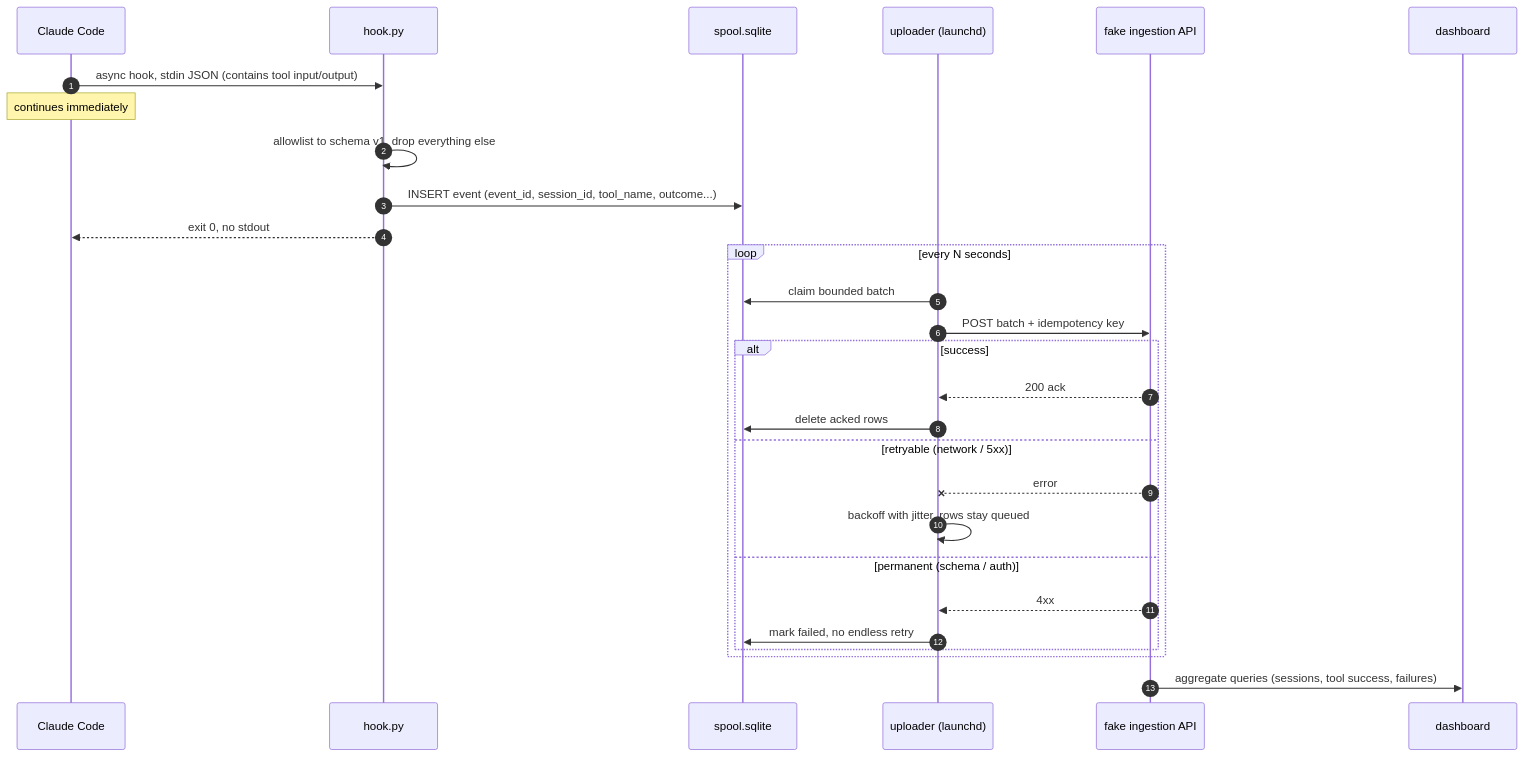
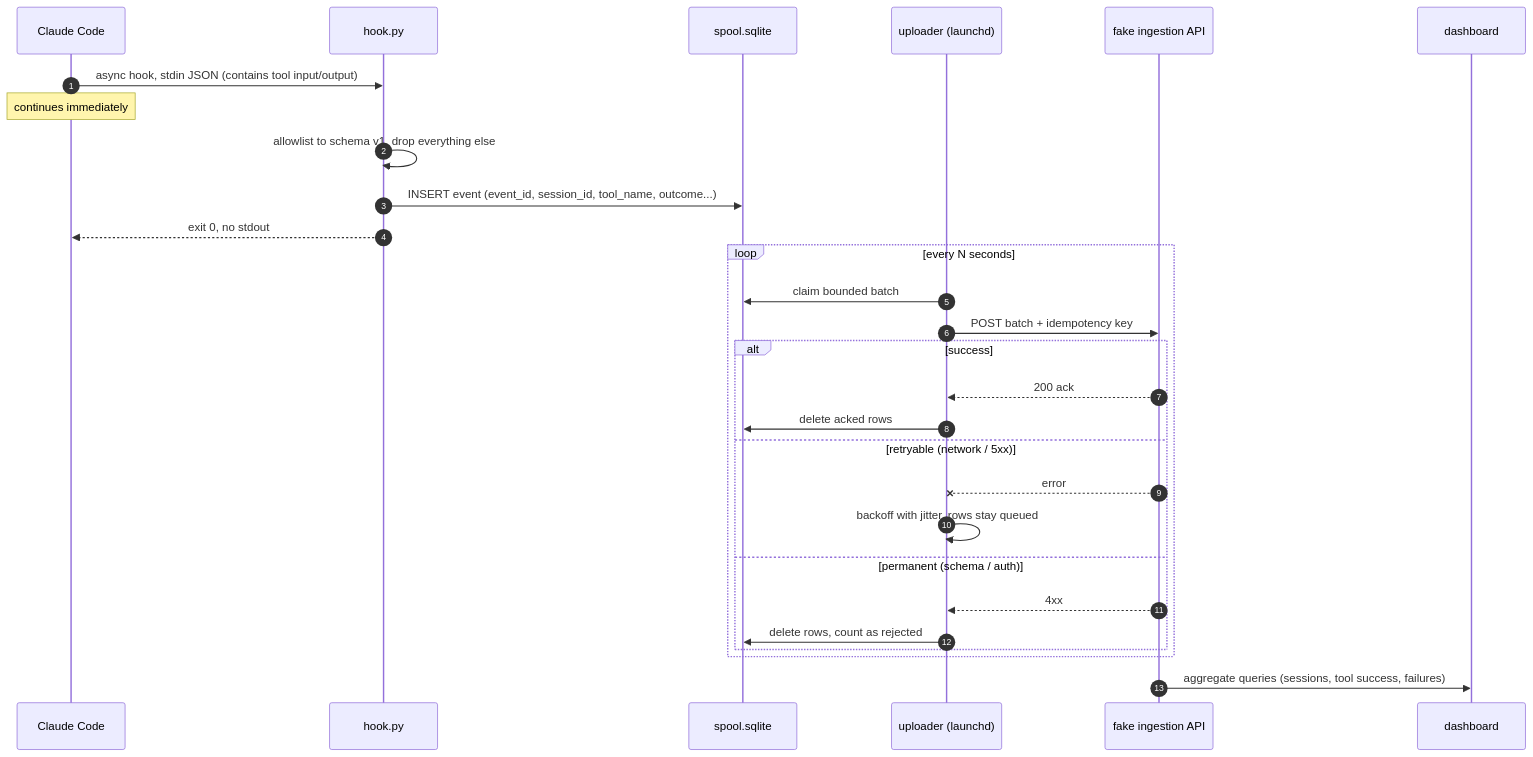
Before and after one commit to ojones/gundam-ai: the second of 2 diagrams in local-architecture.md, drawn with Mermaid. The commit also changed other lines of this file and 17 other files, not shown here.

````diff
--- a/local-architecture.md
+++ b/local-architecture.md
@@ -60,31 +60,31 @@
 ```mermaid
 sequenceDiagram
     autonumber
     participant C as Claude Code
     participant H as hook.py
     participant Q as spool.sqlite
     participant U as uploader (launchd)
     participant A as fake ingestion API
     participant D as dashboard
 
     C->>H: async hook, stdin JSON (contains tool input/output)
     Note over C: continues immediately
     H->>H: allowlist to schema v1, drop everything else
     H->>Q: INSERT event (event_id, session_id, tool_name, outcome...)
     H-->>C: exit 0, no stdout
     loop every N seconds
         U->>Q: claim bounded batch
         U->>A: POST batch + idempotency key
         alt success
             A-->>U: 200 ack
             U->>Q: delete acked rows
         else retryable (network / 5xx)
             A--xU: error
             U->>U: backoff with jitter, rows stay queued
         else permanent (schema / auth)
             A-->>U: 4xx
-            U->>Q: mark failed, no endless retry
+            U->>Q: delete rows, count as rejected
         end
     end
     A->>D: aggregate queries (sessions, tool success, failures)
 ```
````
